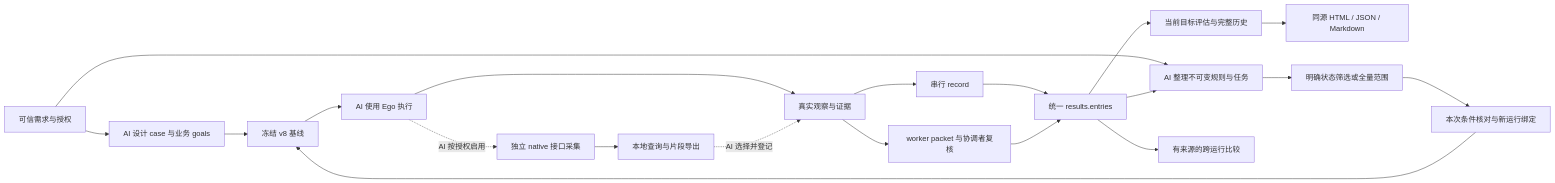
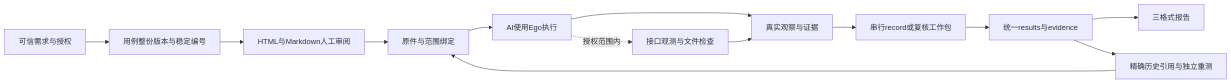
One commit to 99Like-wjj/ai-autonomous-testing-ego-lite changed the diagram in docs/architecture.md. Above: the diagram before and after it, drawn with Mermaid. The commit also changed other lines of this file and 219 other files, not shown here.

````diff
--- a/docs/architecture.md
+++ b/docs/architecture.md
@@ -9,22 +7,15 @@
 ```mermaid
 flowchart LR
-  R[可信需求与授权] --> C[AI 设计 case 与业务 goals]
-  C --> B[冻结 v8 基线]
-  B --> A[AI 使用 Ego 执行]
+  R[可信需求与授权] --> C[用例整份版本与稳定编号]
+  C --> V[HTML与Markdown人工审阅]
+  V --> B[原件与范围绑定]
+  B --> A[AI使用Ego执行]
   A --> O[真实观察与证据]
-  A -. AI 按授权启用 .-> N[独立 native 接口采集]
-  N --> Q[本地查询与片段导出]
-  Q -. AI 选择并登记 .-> O
-  O --> S[串行 record]
-  O --> P[worker packet 与协调者复核]
-  S --> E[统一 results.entries]
-  P --> E
-  E --> V[当前目标评估与完整历史]
-  V --> H[同源 HTML / JSON / Markdown]
-  R --> T[AI 整理不可变规则与任务]
-  E --> T
-  T --> F[明确状态筛选或全量范围]
-  F --> U[本次条件核对与新运行绑定]
-  U --> B
-  E --> D[有来源的跨运行比较]
+  A -. 授权范围内 .-> N[接口观测与文件检查]
+  N --> O
+  O --> S[串行record或复核工作包]
+  S --> E[统一results与evidence]
+  E --> H[三格式报告]
+  E --> D[精确历史引用与独立重测]
+  D --> B
 ```
````
